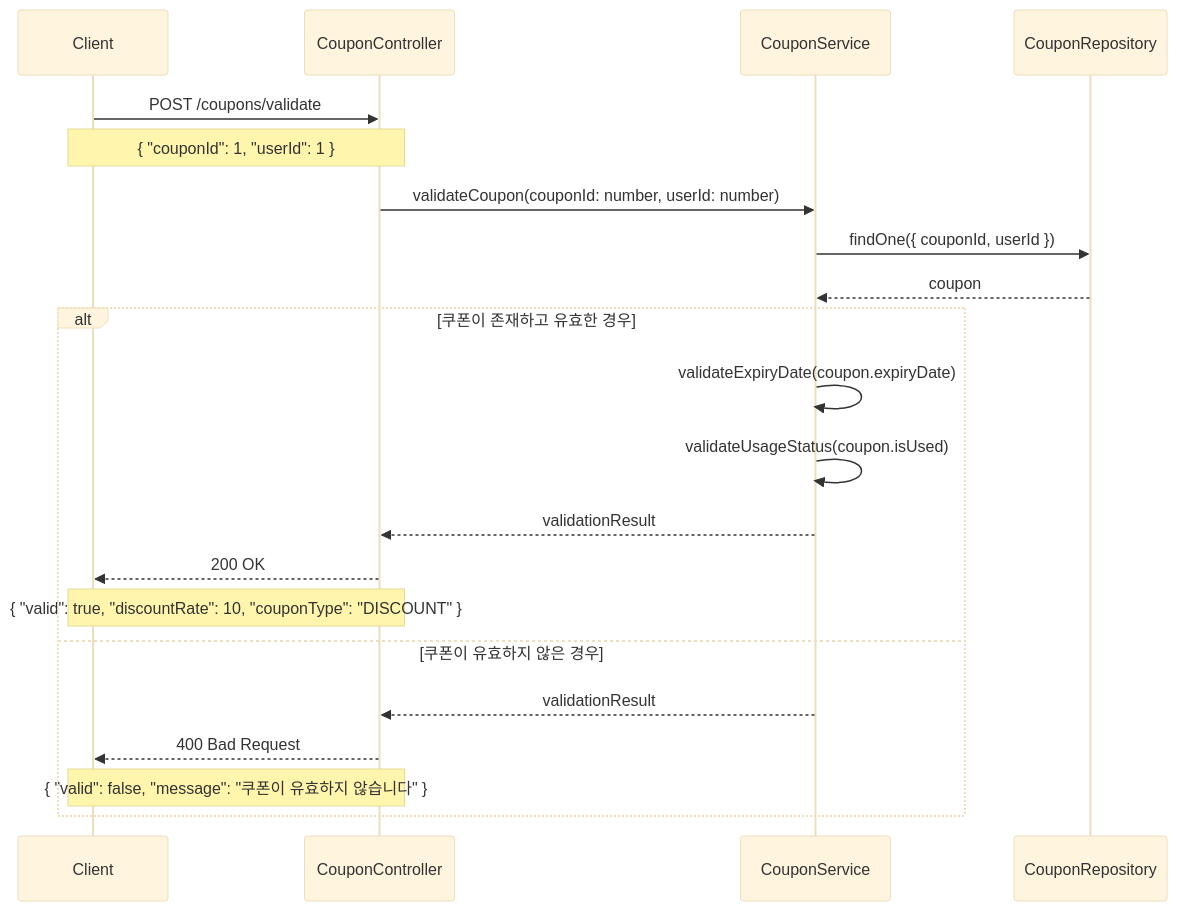
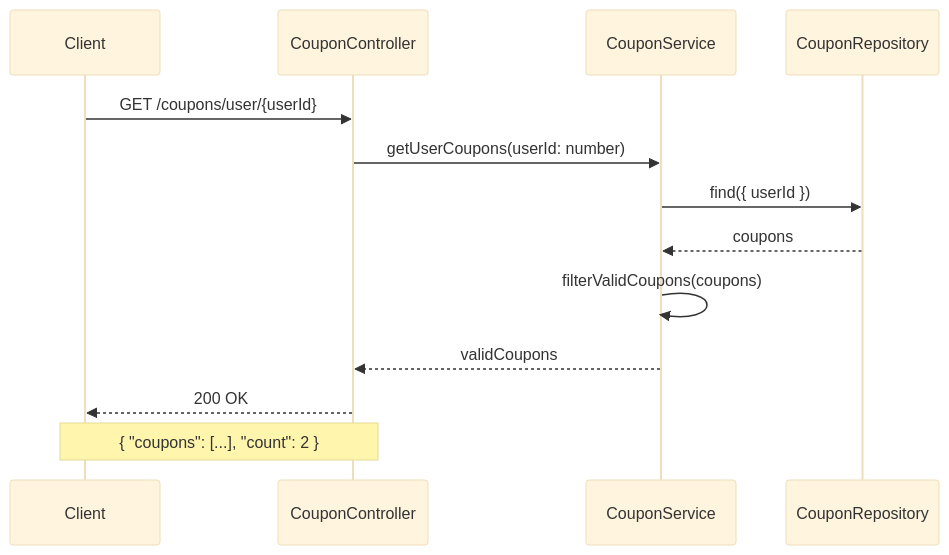
One commit to seuthootDev/hanghae-plus-backend changed the sixth of 11 diagrams in docs/SequenceDiagrams.md. Above: the diagram before and after it, drawn with Mermaid (base theme). The commit also changed other lines of this file and 1 other file, not shown here.

Commit message:
docs: api 명세서, 시퀀스 다이어그램 수정 api 명세서를 rest api에 맞게 수정 후, 시퀀스는 api 명세서에 명세된 api 기능들로 구성함

````diff
--- a/docs/SequenceDiagrams.md
+++ b/docs/SequenceDiagrams.md
@@ -189,26 +131,18 @@
 ```mermaid
 sequenceDiagram
     participant Client
     participant CouponController
     participant CouponService
     participant CouponRepository
 
-    Client->>CouponController: POST /coupons/validate
-    Note over Client,CouponController: { "couponId": 1, "userId": 1 }
+    Client->>CouponController: GET /coupons/user/{userId}
     
-    CouponController->>CouponService: validateCoupon(couponId: number, userId: number)
-    CouponService->>CouponRepository: findOne({ couponId, userId })
-    CouponRepository-->>CouponService: coupon
+    CouponController->>CouponService: getUserCoupons(userId: number)
+    CouponService->>CouponRepository: find({ userId })
+    CouponRepository-->>CouponService: coupons
     
-    alt 쿠폰이 존재하고 유효한 경우
-        CouponService->>CouponService: validateExpiryDate(coupon.expiryDate)
-        CouponService->>CouponService: validateUsageStatus(coupon.isUsed)
-        CouponService-->>CouponController: validationResult
-        CouponController-->>Client: 200 OK
-        Note over Client,CouponController: { "valid": true, "discountRate": 10, "couponType": "DISCOUNT" }
-    else 쿠폰이 유효하지 않은 경우
-        CouponService-->>CouponController: validationResult
-        CouponController-->>Client: 400 Bad Request
-        Note over Client,CouponController: { "valid": false, "message": "쿠폰이 유효하지 않습니다" }
-    end
+    CouponService->>CouponService: filterValidCoupons(coupons)
+    CouponService-->>CouponController: validCoupons
+    CouponController-->>Client: 200 OK
+    Note over Client,CouponController: { "coupons": [...], "count": 2 }
 ```
````
